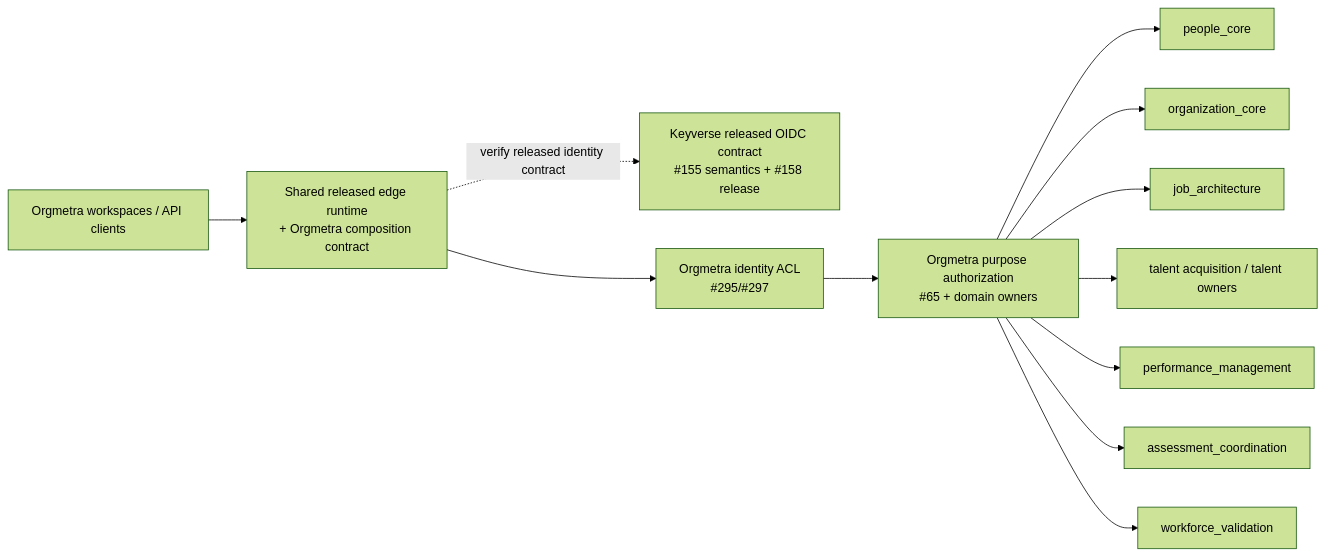
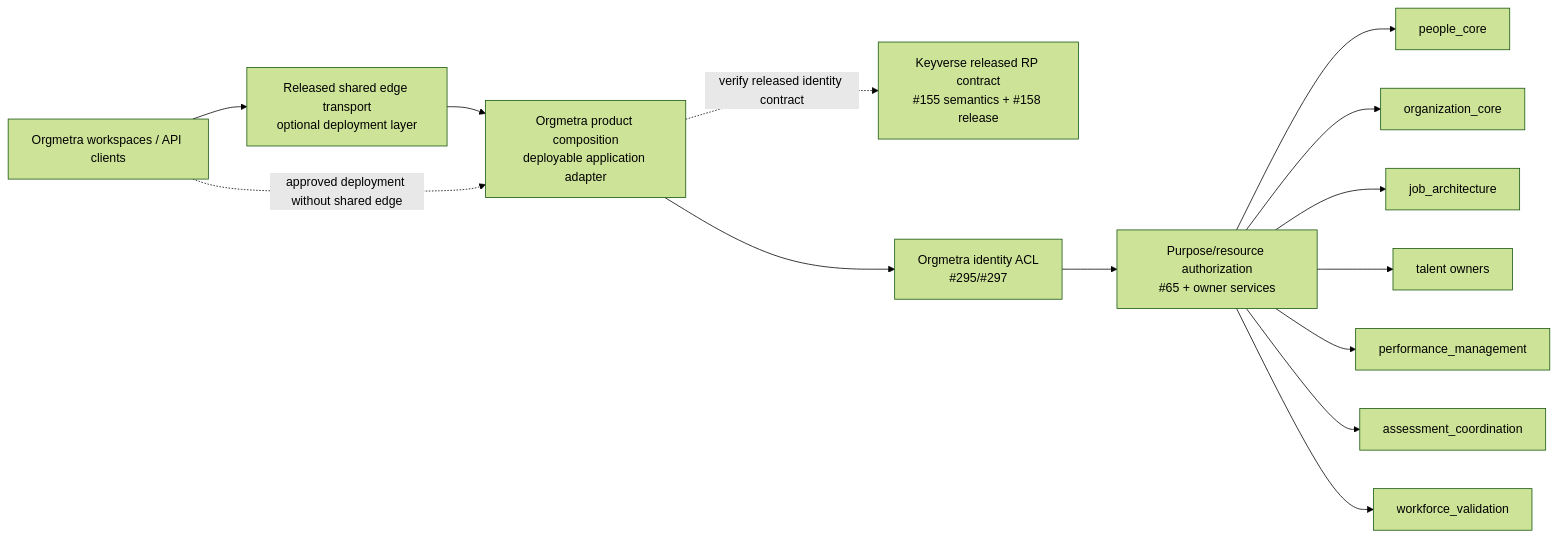
One commit to ContextualWisdomLab/Orgmetra changed the diagram in docs/traceability/gateway-composition-boundary.md. Above: the diagram before and after it, drawn with Mermaid (forest theme). The commit also changed other lines of this file, not shown here.

Commit message:
docs(gateway): trace product composition ownership

````diff
--- a/docs/traceability/gateway-composition-boundary.md
+++ b/docs/traceability/gateway-composition-boundary.md
@@ -26,27 +43,30 @@
 ```mermaid
 flowchart LR
     client[Orgmetra workspaces / API clients]
-    gateway[Shared released edge runtime\n+ Orgmetra composition contract]
-    keyverse[Keyverse released OIDC contract\n#155 semantics + #158 release]
+    edge[Released shared edge transport\noptional deployment layer]
+    composition[Orgmetra product composition\ndeployable application adapter]
+    keyverse[Keyverse released RP contract\n#155 semantics + #158 release]
     identity_acl[Orgmetra identity ACL\n#295/#297]
-    authz[Orgmetra purpose authorization\n#65 + domain owners]
+    authz[Purpose/resource authorization\n#65 + owner services]
     people[people_core]
     org[organization_core]
     jobs[job_architecture]
-    talent[talent acquisition / talent owners]
+    talent[talent owners]
     perf[performance_management]
     assess[assessment_coordination]
     validation[workforce_validation]
 
-    client --> gateway
-    gateway -. verify released identity contract .-> keyverse
-    gateway --> identity_acl
+    client --> edge
+    edge --> composition
+    client -. approved deployment without shared edge .-> composition
+    composition -. verify released identity contract .-> keyverse
+    composition --> identity_acl
     identity_acl --> authz
     authz --> people
     authz --> org
     authz --> jobs
     authz --> talent
     authz --> perf
     authz --> assess
     authz --> validation
 ```
````
